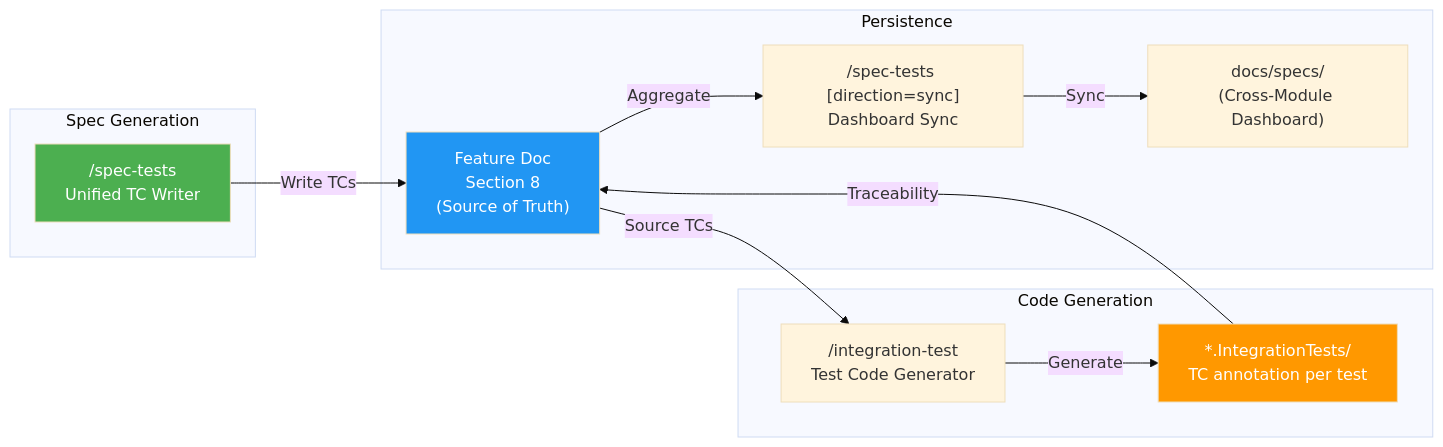
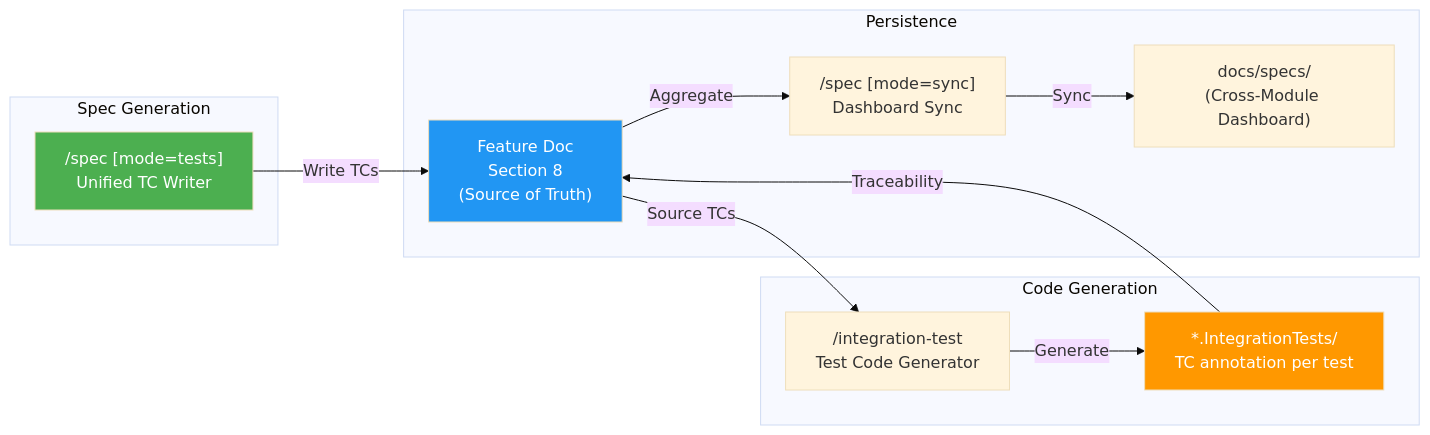
One commit to duc01226/easy-claude changed diagram 14 of 20 in .claude/docs/claude-ai-agent-framework-guide.md. Above: the diagram before and after it, drawn with Mermaid (base theme). The commit also changed other lines of this file and 645 other files, not shown here.

````diff
--- a/.claude/docs/claude-ai-agent-framework-guide.md
+++ b/.claude/docs/claude-ai-agent-framework-guide.md
@@ -1319,28 +1315,28 @@
 ```mermaid
 flowchart LR
     subgraph "Spec Generation"
-        TS["/spec-tests<br/>Unified TC Writer"]
+        TS["/spec [mode=tests]<br/>Unified TC Writer"]
     end
 
     subgraph "Persistence"
         FD["Feature Doc<br/>Section 8<br/>(Source of Truth)"]
-        TSD["/spec-tests [direction=sync]<br/>Dashboard Sync"]
+        TSD["/spec [mode=sync]<br/>Dashboard Sync"]
         DASH["docs/specs/<br/>(Cross-Module Dashboard)"]
     end
 
     subgraph "Code Generation"
         IT["/integration-test<br/>Test Code Generator"]
         CODE["*.IntegrationTests/<br/>TC annotation per test"]
     end
 
     TS -->|"Write TCs"| FD
     FD -->|"Aggregate"| TSD
     TSD -->|"Sync"| DASH
     FD -->|"Source TCs"| IT
     IT -->|"Generate"| CODE
     CODE -->|"Traceability"| FD
 
     style TS fill:#4CAF50,color:white
     style FD fill:#2196F3,color:white
     style CODE fill:#FF9800,color:white
 ```
````
